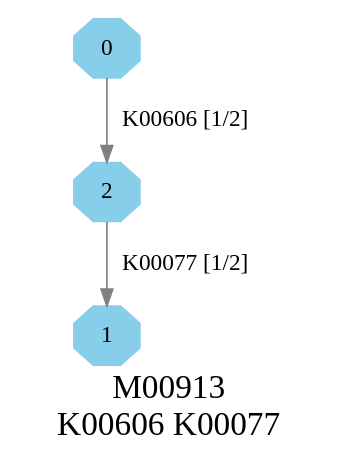
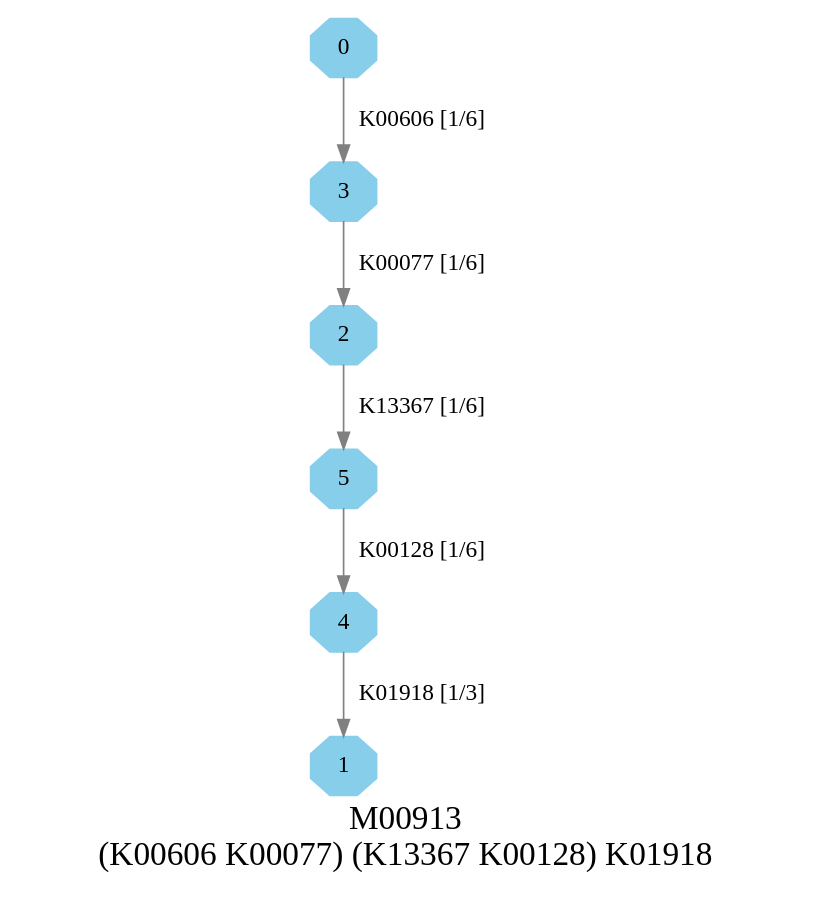
The diagram in kegg_pathways_completeness/graphs/dots/M00913.dot (EBI-Metagenomics/kegg-pathways-completeness-tool), drawn with Graphviz before and after one commit. The commit also changed 587 other files, not shown here.

```diff
--- a/kegg_pathways_completeness/graphs/dots/M00913.dot
+++ b/kegg_pathways_completeness/graphs/dots/M00913.dot
@@ -1,9 +1,12 @@
 digraph G {
 graph [label="M00913
-K00606 K00077",fontsize=20];
+(K00606 K00077) (K13367 K00128) K01918",fontsize=20];
 node [shape=box,style=filled];
 edge [len=3,color=grey];
-{node [width=.3,height=.3,shape=octagon,style=filled,color=skyblue] 0 1 2 }
-0 -> 2 [label="K00606 [1/2]"];
-2 -> 1 [label="K00077 [1/2]"];
+{node [width=.3,height=.3,shape=octagon,style=filled,color=skyblue] 0 1 2 3 4 5 }
+0 -> 3 [label="K00606 [1/6]"];
+2 -> 5 [label="K13367 [1/6]"];
+3 -> 2 [label="K00077 [1/6]"];
+4 -> 1 [label="K01918 [1/3]"];
+5 -> 4 [label="K00128 [1/6]"];
 }
```
